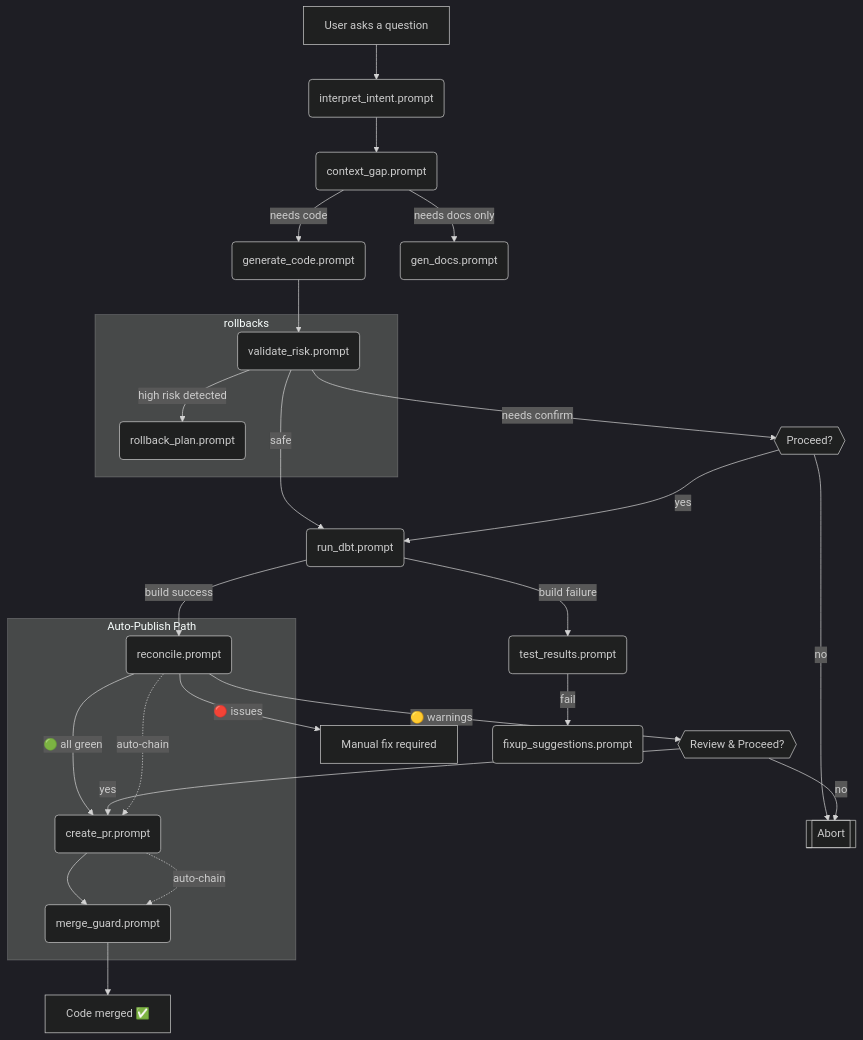
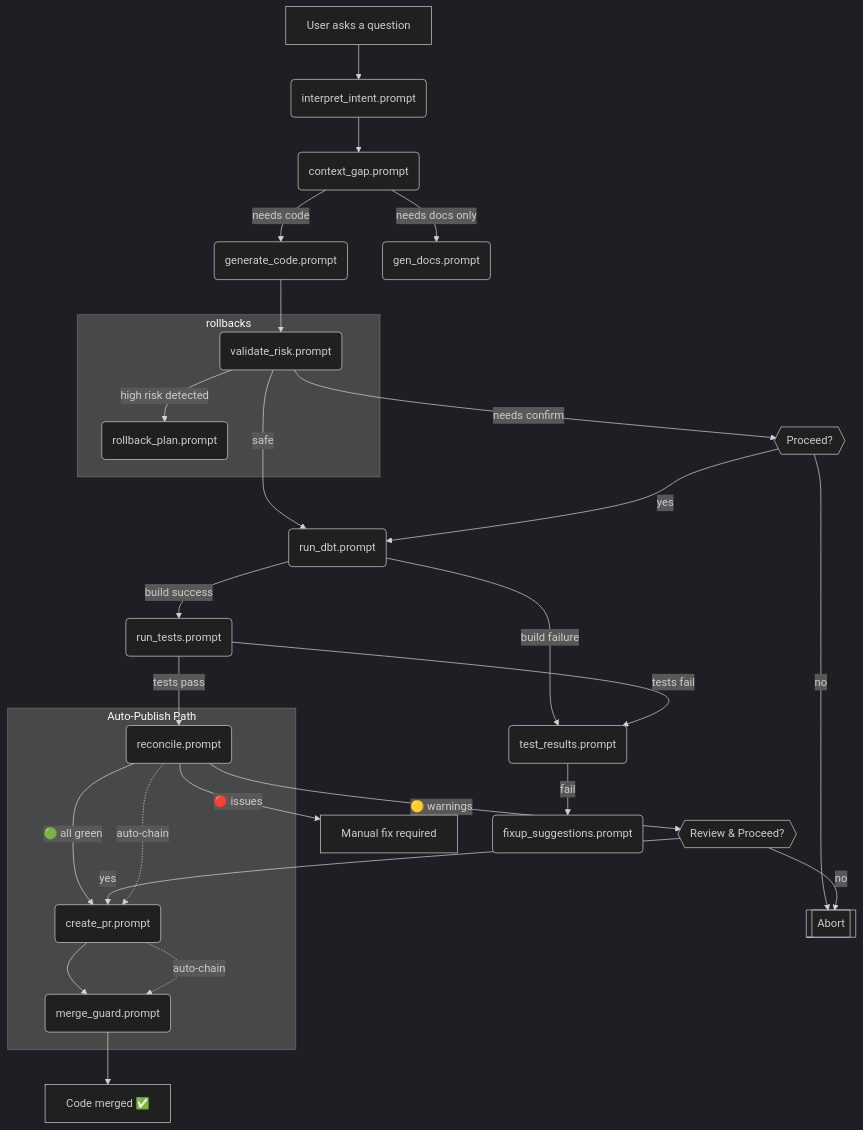
The diagram in README.md (markoniga/llm-prompts-for-dse), drawn with Mermaid (dark theme) before and after one commit. The commit also changed 11 other files, not shown here.

````diff
--- a/README.md
+++ b/README.md
@@ -81,29 +81,31 @@
 ```mermaid
 flowchart TD
     Q[User asks a question] --> I(interpret_intent.prompt)
     I --> C(context_gap.prompt)
     C -->|needs code| G(generate_code.prompt)
     C -->|needs docs only| D(gen_docs.prompt)
     G --> V(validate_risk.prompt)
     V -->|safe| R(run_dbt.prompt)
     V -->|needs confirm| CF{{"Proceed?"}}
     CF -- yes --> R
     CF -- no --> ABORT[[Abort]]
-    R -->|build success| RC(reconcile.prompt)
+    R -->|build success| RT(run_tests.prompt)
+    RT -->|tests pass| RC(reconcile.prompt)
     RC -->|🟢 all green| PR(create_pr.prompt)
     RC -->|🟡 warnings| CF2{{"Review & Proceed?"}}
     RC -->|🔴 issues| FIX[Manual fix required]
     CF2 -- yes --> PR
     CF2 -- no --> ABORT
     R -->|build failure| T(test_results.prompt)
+    RT -->|tests fail| T
     T -->|fail| FX(fixup_suggestions.prompt)
     PR --> M(merge_guard.prompt)
     M --> DONE[Code merged ✅]
     subgraph rollbacks
         V -->|high risk detected| RB(rollback_plan.prompt)
     end
     subgraph "Auto-Publish Path"
         RC -.->|auto-chain| PR
         PR -.->|auto-chain| M
     end
 ```
````
